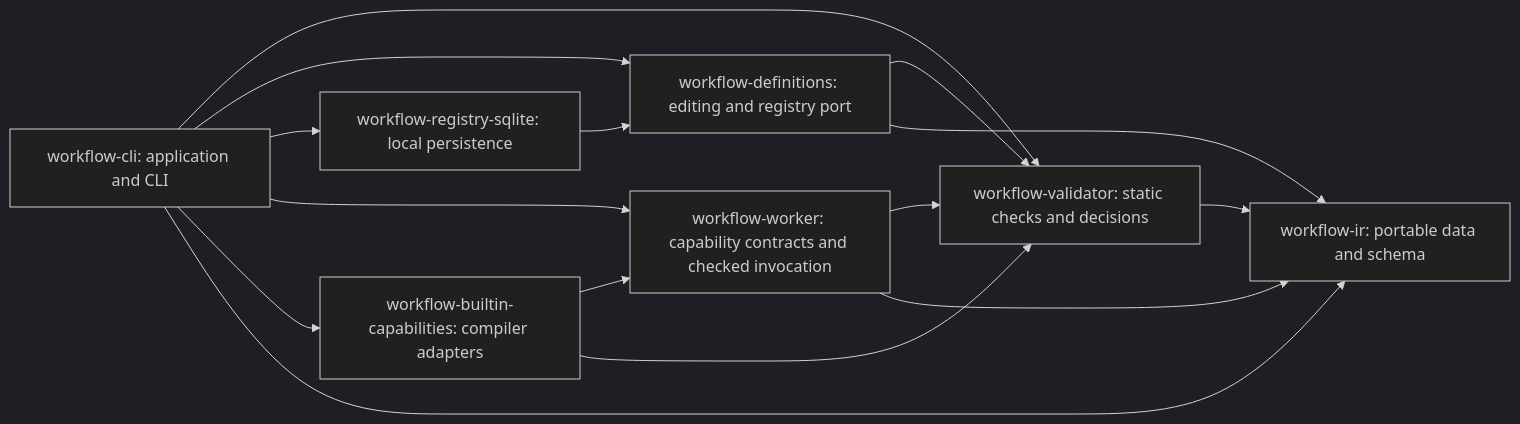
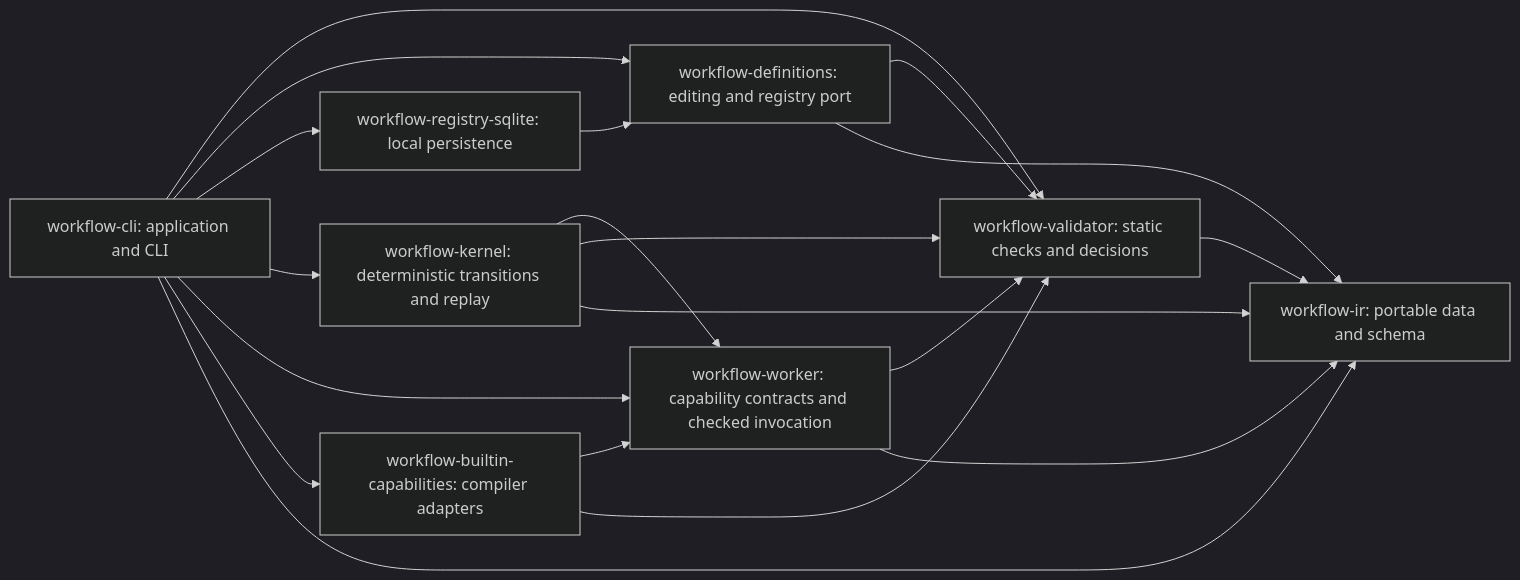
One commit to coolplayagent/workflow-cli changed the diagram in docs/roadmap.md. Above: the diagram before and after it, drawn with Mermaid (dark theme). The commit also changed other lines of this file and 34 other files, not shown here.

Commit message:
feat(kernel): deterministic workflow transitions and replay (R01 increment 3) (#21)

````diff
--- a/docs/roadmap.md
+++ b/docs/roadmap.md
@@ -8,17 +8,21 @@
 ```mermaid
 flowchart LR
     CLI[workflow-cli: application and CLI] --> V[workflow-validator: static checks and decisions]
     CLI --> D[workflow-definitions: editing and registry port]
     CLI --> S[workflow-registry-sqlite: local persistence]
+    CLI --> K[workflow-kernel: deterministic transitions and replay]
+    K --> W
+    K --> V
+    K --> IR
     CLI --> W[workflow-worker: capability contracts and checked invocation]
     CLI --> B[workflow-builtin-capabilities: compiler adapters]
     B --> W
     B --> V
     W --> V
     W --> IR
     S --> D
     D --> V
     D --> IR[workflow-ir: portable data and schema]
     CLI --> IR
     V --> IR
 ```
````
